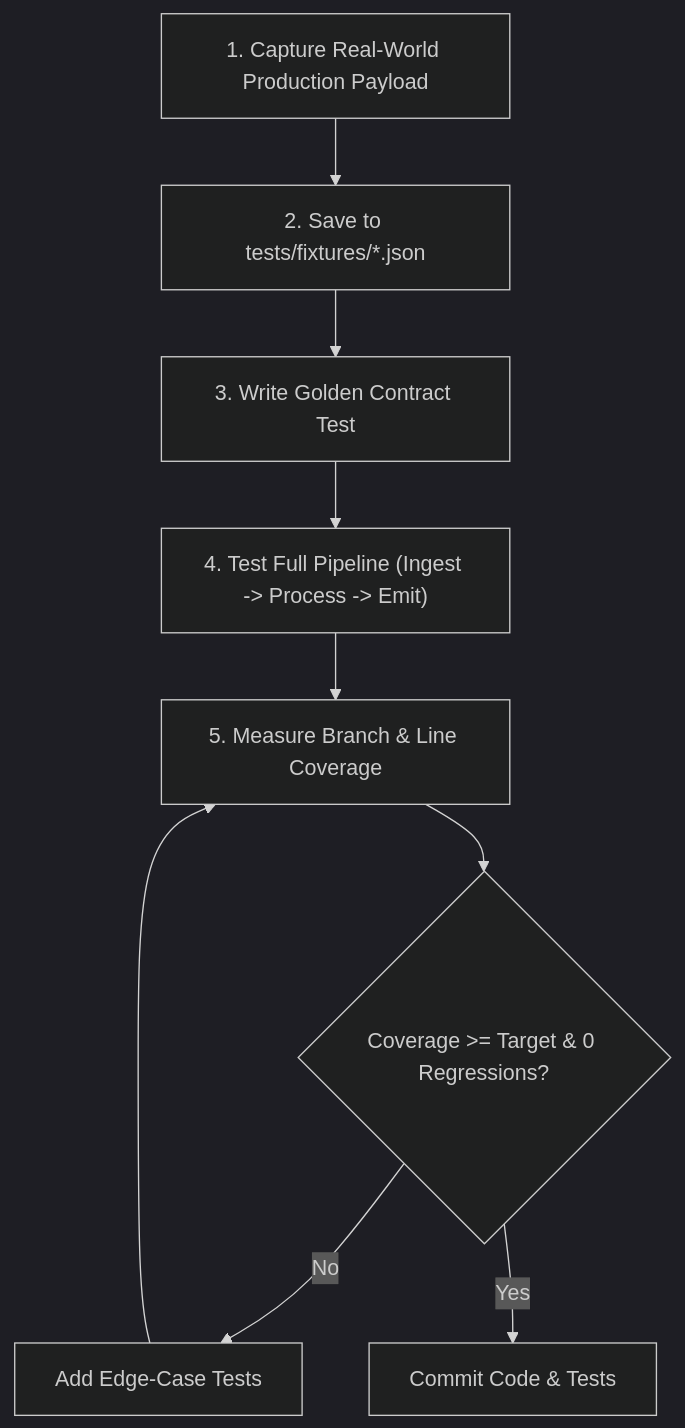
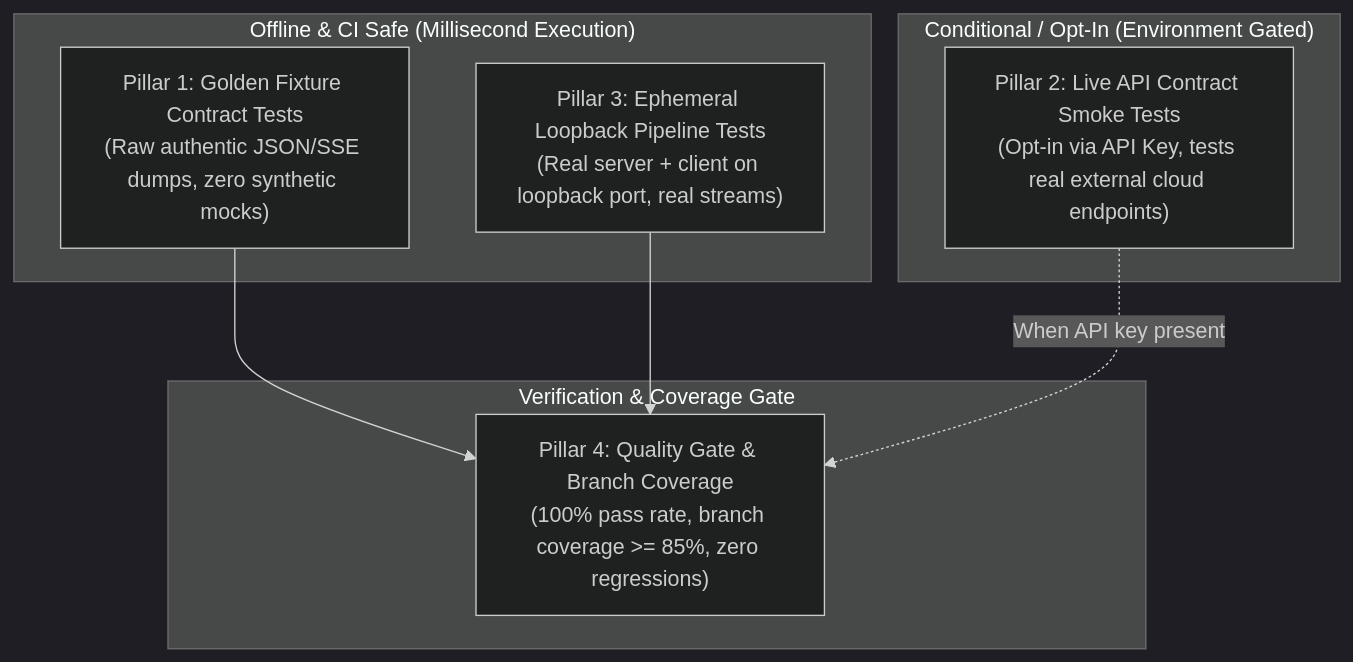
One commit to koen5503/Vertaal changed the diagram in .agents/skills/functional-regression-testing/SKILL.md. Above: the diagram before and after it, drawn with Mermaid (dark theme). The commit also changed other lines of this file and 2 other files, not shown here.

Commit message:
feat(skill): generalize functional-regression-testing skill into 4 pillars (fixtures, live contract, ephemeral pipeline, coverage gate)

````diff
--- a/.agents/skills/functional-regression-testing/SKILL.md
+++ b/.agents/skills/functional-regression-testing/SKILL.md
@@ -35,11 +19,17 @@
 ```mermaid
 flowchart TD
-    Capture["1. Capture Real-World Production Payload"] --> Fixture["2. Save to tests/fixtures/*.json"]
-    Fixture --> ContractTest["3. Write Golden Contract Test"]
-    ContractTest --> Pipeline["4. Test Full Pipeline (Ingest -> Process -> Emit)"]
-    Pipeline --> Coverage["5. Measure Branch & Line Coverage"]
-    Coverage --> Gate{"Coverage >= Target & 0 Regressions?"}
-    Gate -- No --> Improve["Add Edge-Case Tests"]
-    Improve --> Coverage
-    Gate -- Yes --> Commit["Commit Code & Tests"]
+    subgraph OfflineTiers ["Offline & CI Safe (Millisecond Execution)"]
+        Tier1["Pillar 1: Golden Fixture Contract Tests<br/>(Raw authentic JSON/SSE dumps, zero synthetic mocks)"]
+        Tier3["Pillar 3: Ephemeral Loopback Pipeline Tests<br/>(Real server + client on loopback port, real streams)"]
+    end
+    subgraph LiveTier ["Conditional / Opt-In (Environment Gated)"]
+        Tier2["Pillar 2: Live API Contract Smoke Tests<br/>(Opt-in via API Key, tests real external cloud endpoints)"]
+    end
+    subgraph QualityGate ["Verification & Coverage Gate"]
+        Tier4["Pillar 4: Quality Gate & Branch Coverage<br/>(100% pass rate, branch coverage >= 85%, zero regressions)"]
+    end
+
+    Tier1 --> Tier4
+    Tier3 --> Tier4
+    Tier2 -.->|When API key present| Tier4
 ```
````
